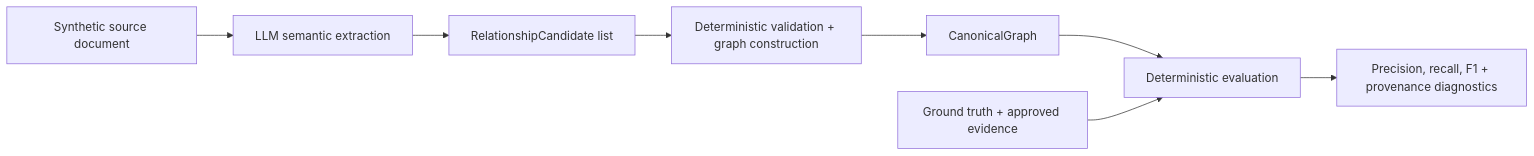
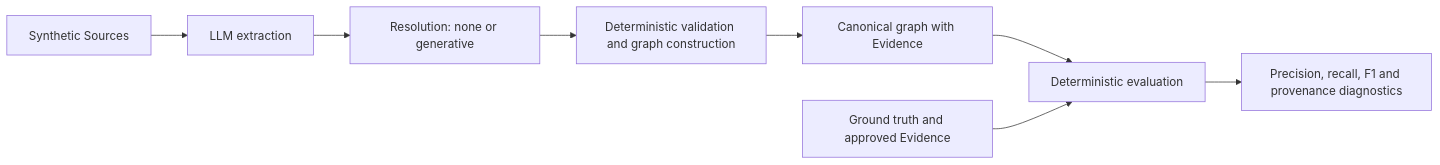
One commit to alistairkung/private-client-graph changed the diagram in README.md. Above: the diagram before and after it, drawn with Mermaid. The commit also changed other lines of this file and 2 other files, not shown here.

````diff
--- a/README.md
+++ b/README.md
@@ -14,10 +64,10 @@
 ```mermaid
 flowchart LR
-    A["Synthetic source document"] --> B["LLM semantic extraction"]
-    B --> C["RelationshipCandidate list"]
-    C --> D["Deterministic validation + graph construction"]
-    D --> E["CanonicalGraph"]
-    E --> F["Deterministic evaluation"]
-    G["Ground truth + approved evidence"] --> F
-    F --> H["Precision, recall, F1 + provenance diagnostics"]
+    S["Synthetic Sources"] --> E["LLM extraction"]
+    E --> R["Resolution: none or generative"]
+    R --> C["Deterministic validation and graph construction"]
+    C --> G["Canonical graph with Evidence"]
+    G --> V["Deterministic evaluation"]
+    T["Ground truth and approved Evidence"] --> V
+    V --> M["Precision, recall, F1 and provenance diagnostics"]
 ```
````
